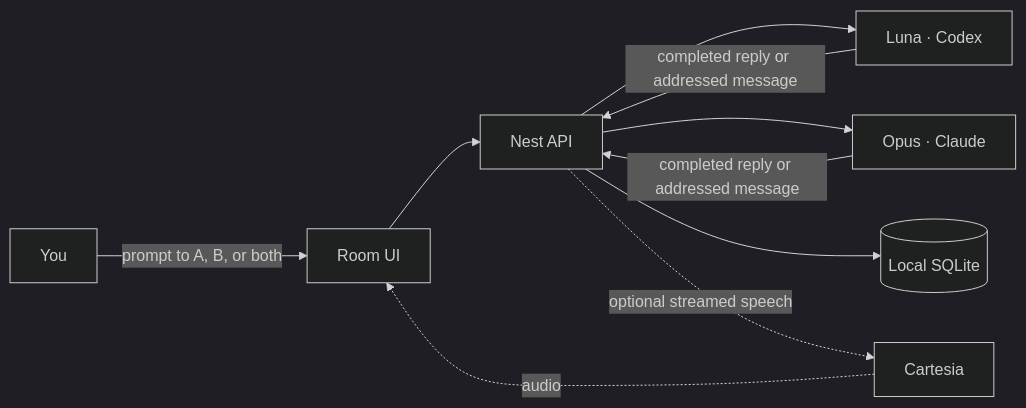
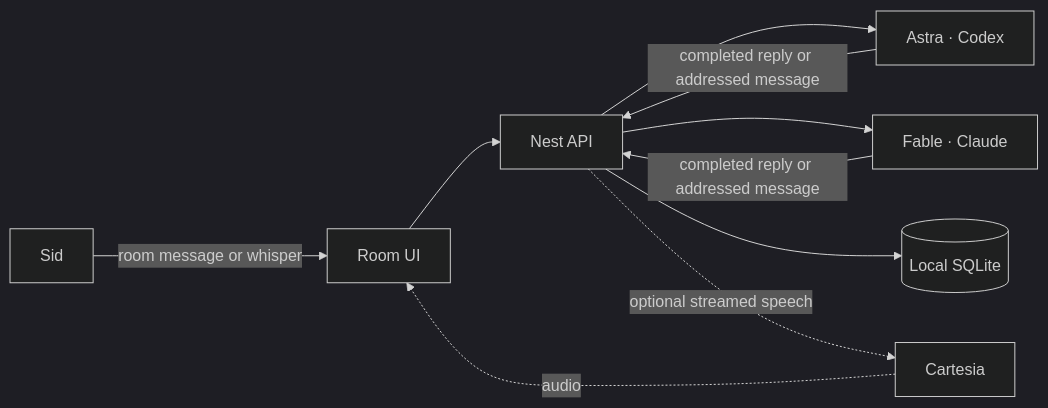
The diagram in README.md (sid-newby/arena), drawn with Mermaid (dark theme) before and after one commit. The commit also changed other lines of this file and 37 other files, not shown here.

````diff
--- a/README.md
+++ b/README.md
@@ -60,12 +56,12 @@
 ```mermaid
 flowchart LR
-    H[You] -->|prompt to A, B, or both| W[Room UI]
+    H[Sid] -->|room message or whisper| W[Room UI]
     W --> API[Nest API]
-    API --> A[Luna · Codex]
-    API --> B[Opus · Claude]
+    API --> A[Astra · Codex]
+    API --> B[Fable · Claude]
     A -->|completed reply or addressed message| API
     B -->|completed reply or addressed message| API
     API --> DB[(Local SQLite)]
     API -. optional streamed speech .-> C[Cartesia]
     C -. audio .-> W
 ```
````
